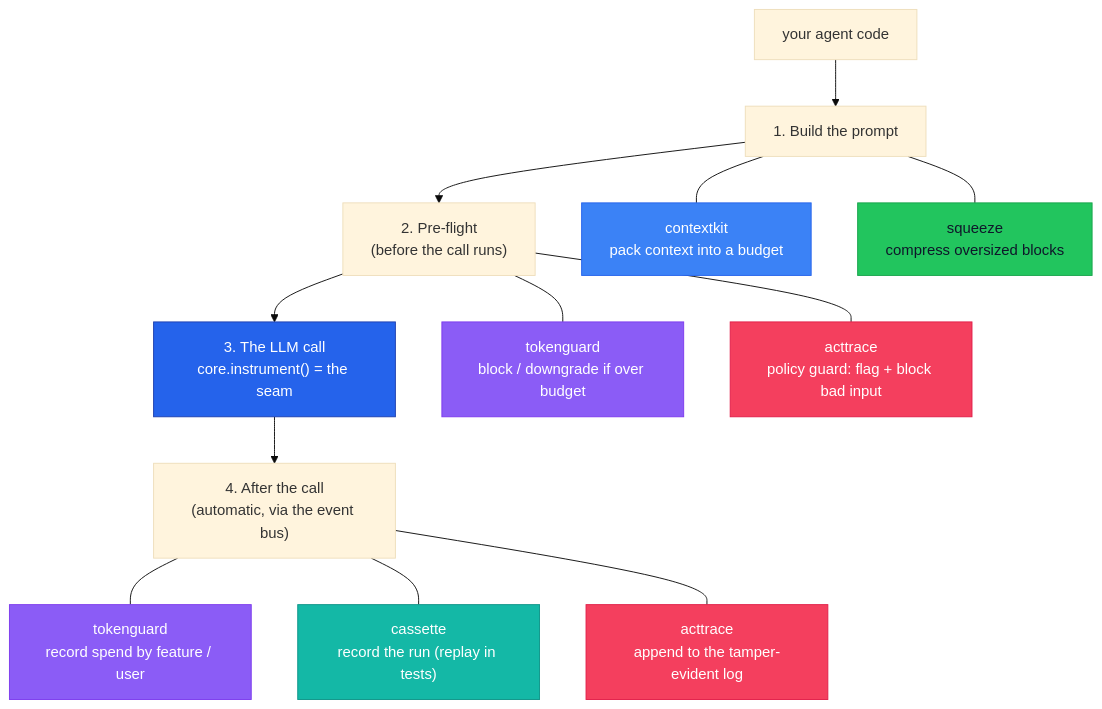
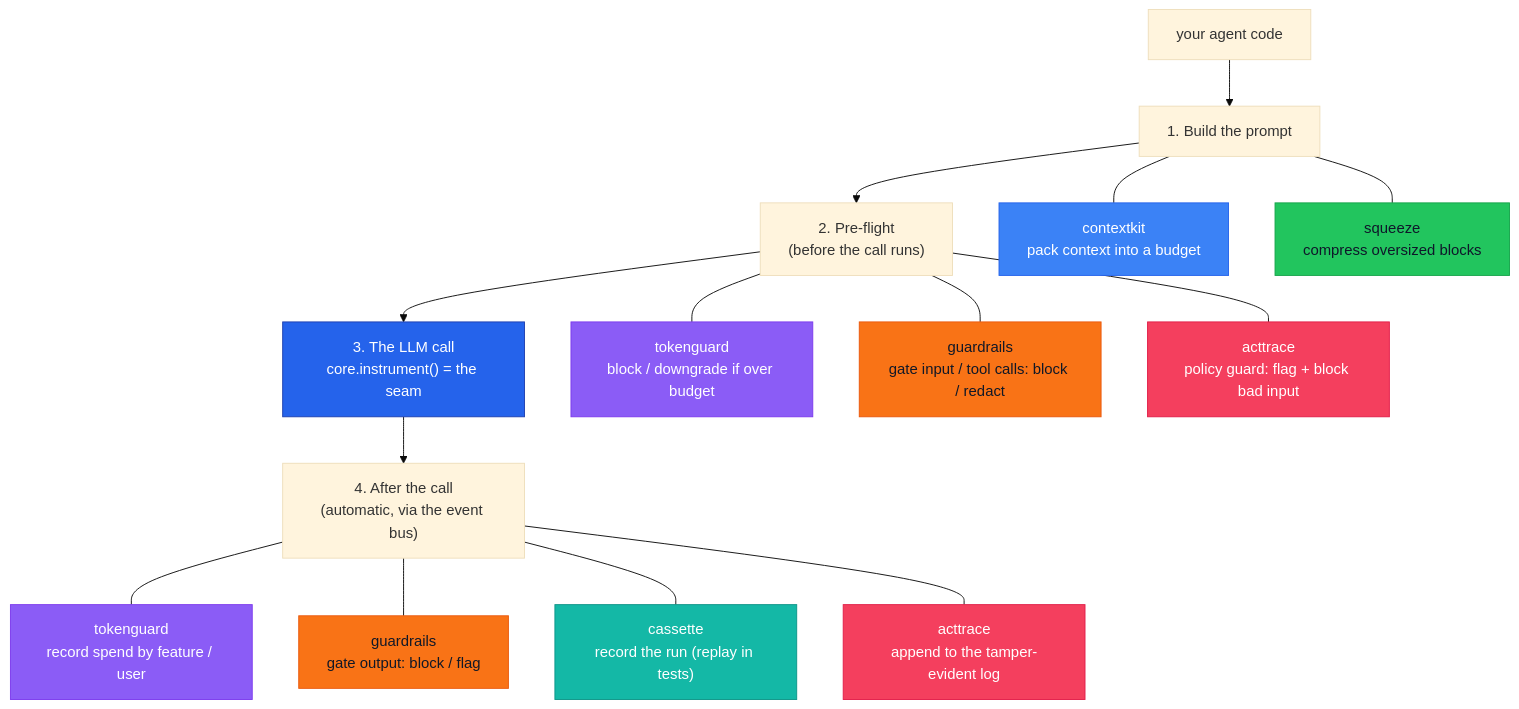
Before and after one commit to cendorhq/cendor-libs: the diagram in README.md, drawn with Mermaid (base theme). The commit also changed other lines of this file and 11 other files, not shown here.

````diff
--- a/README.md
+++ b/README.md
@@ -44,32 +44,36 @@
 ```mermaid
 %%{init: {"flowchart": {"htmlLabels": false}} }%%
 graph TD
     YOU["your agent code"]
     B["1. Build the prompt"]
     PRE["2. Pre-flight<br/>(before the call runs)"]
     CALL["3. The LLM call<br/>core.instrument() = the seam"]
     POST["4. After the call<br/>(automatic, via the event bus)"]
 
     YOU --> B --> PRE --> CALL --> POST
 
     B --- CK["contextkit<br/>pack context into a budget"]
     B --- SQ["squeeze<br/>compress oversized blocks"]
     PRE --- TG1["tokenguard<br/>block / downgrade if over budget"]
+    PRE --- GR1["guardrails<br/>gate input / tool calls: block / redact"]
     PRE --- AT1["acttrace<br/>policy guard: flag + block bad input"]
     POST --- TG2["tokenguard<br/>record spend by feature / user"]
+    POST --- GR2["guardrails<br/>gate output: block / flag"]
     POST --- CS["cassette<br/>record the run (replay in tests)"]
     POST --- AT2["acttrace<br/>append to the tamper-evident log"]
 
     classDef seam fill:#2563EB,color:#ffffff,stroke:#1E40AF;
     classDef ck fill:#3B82F6,color:#ffffff,stroke:#2563EB;
     classDef sq fill:#22C55E,color:#0F172A,stroke:#16A34A;
     classDef tg fill:#8B5CF6,color:#ffffff,stroke:#7C3AED;
+    classDef gr fill:#F97316,color:#111827,stroke:#EA580C;
     classDef cs fill:#14B8A6,color:#ffffff,stroke:#0D9488;
     classDef at fill:#F43F5E,color:#ffffff,stroke:#E11D48;
     class CALL seam;
     class CK ck;
     class SQ sq;
     class TG1,TG2 tg;
+    class GR1,GR2 gr;
     class CS cs;
     class AT1,AT2 at;
 ```
````
